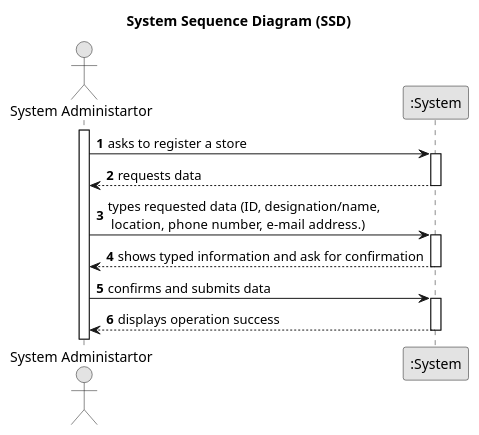
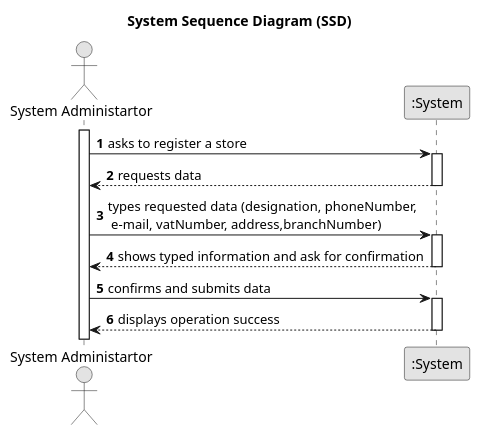
One commit to hugosilva2901/lei-22-s2-1DO-g68 changed the diagram in lei-22-s2-1do-g68/docs/SprintB/us005/01.requirements-engineering/puml/us005-SystemSequenceDiagram.puml. Above: the diagram before and after it, drawn with PlantUML. The commit also changed 14 other files, not shown here.

Commit message:
US005 - small fixes on Sequence Diagram

```diff
--- a/lei-22-s2-1do-g68/docs/SprintB/us005/01.requirements-engineering/puml/us005-SystemSequenceDiagram.puml
+++ b/lei-22-s2-1do-g68/docs/SprintB/us005/01.requirements-engineering/puml/us005-SystemSequenceDiagram.puml
@@ -1,36 +1,36 @@
 @startuml
 skinparam monochrome true
 skinparam packageStyle rectangle
 skinparam shadowing false
 
 title System Sequence Diagram (SSD)
 
 autonumber
 
 actor "System Administartor" as Employee
 participant ":System" as System
 
 activate Employee
 
     Employee -> System : asks to register a store
     activate System
 
         System --> Employee : requests data
     deactivate System
 
-    Employee -> System : types requested data (ID, designation/name, \n location,  phone number, e-mail address.)
+    Employee -> System : types requested data (designation, phoneNumber, \n e-mail, vatNumber, address,branchNumber)
 
     activate System
 
 
 
          System --> Employee : shows typed information and ask for confirmation
         deactivate System
 
         Employee -> System : confirms and submits data
         activate System
 
             System --> Employee : displays operation success
         deactivate System
 
 @enduml
```
